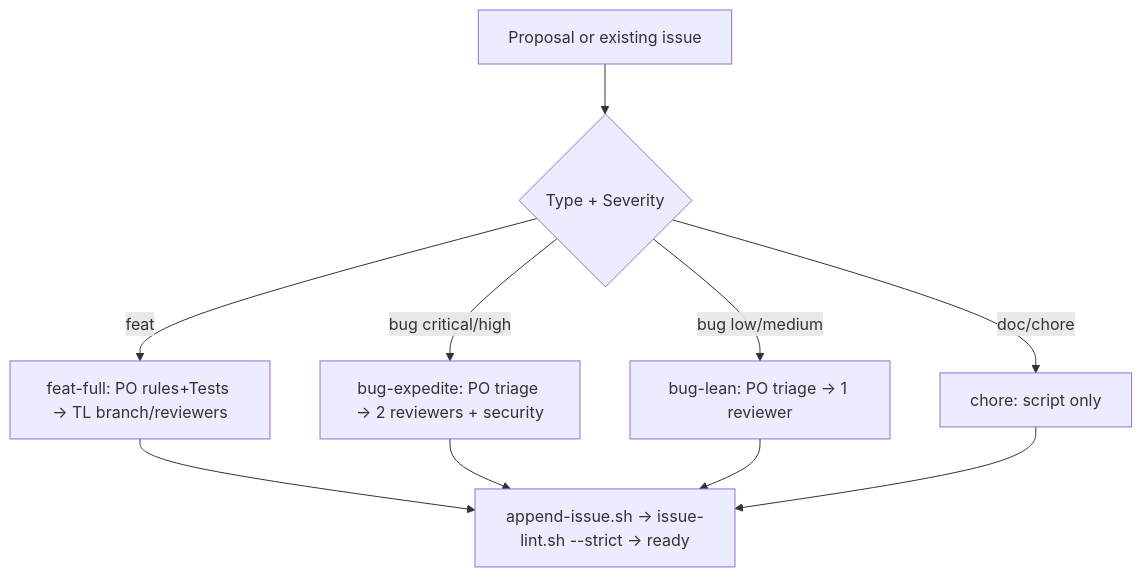
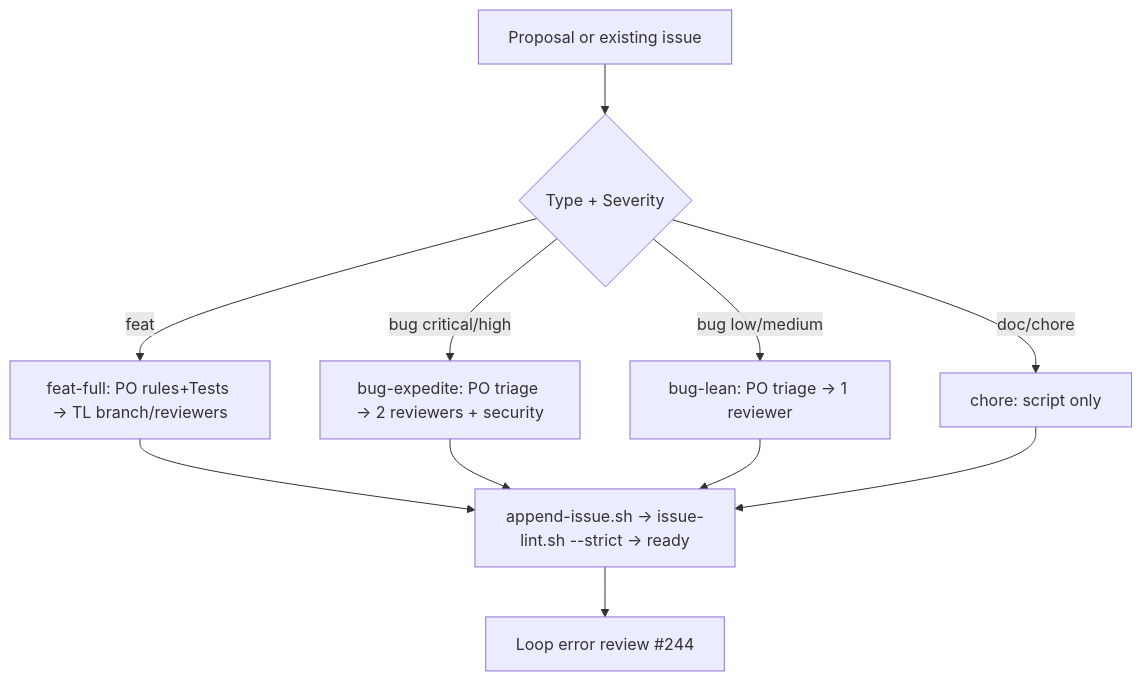
One commit to pereirawe/opencode-flow changed the second of 5 diagrams in README.md. Above: the diagram before and after it, drawn with Mermaid. The commit also changed other lines of this file and 2 other files, not shown here.

First line of the commit message:
docs(flows): document end-to-end pipeline with Mermaid diagrams

````diff
--- a/README.md
+++ b/README.md
@@ -204,12 +245,13 @@
 ```mermaid
 flowchart TD
   A[Proposal or existing issue] --> B{Type + Severity}
   B -->|feat| C[feat-full: PO rules+Tests → TL branch/reviewers]
   B -->|bug critical/high| D[bug-expedite: PO triage → 2 reviewers + security]
   B -->|bug low/medium| E[bug-lean: PO triage → 1 reviewer]
   B -->|doc/chore| F[chore: script only]
   C --> G[append-issue.sh → issue-lint.sh --strict → ready]
   D --> G
   E --> G
   F --> G
+  G --> H[Loop error review #244]
 ```
````
